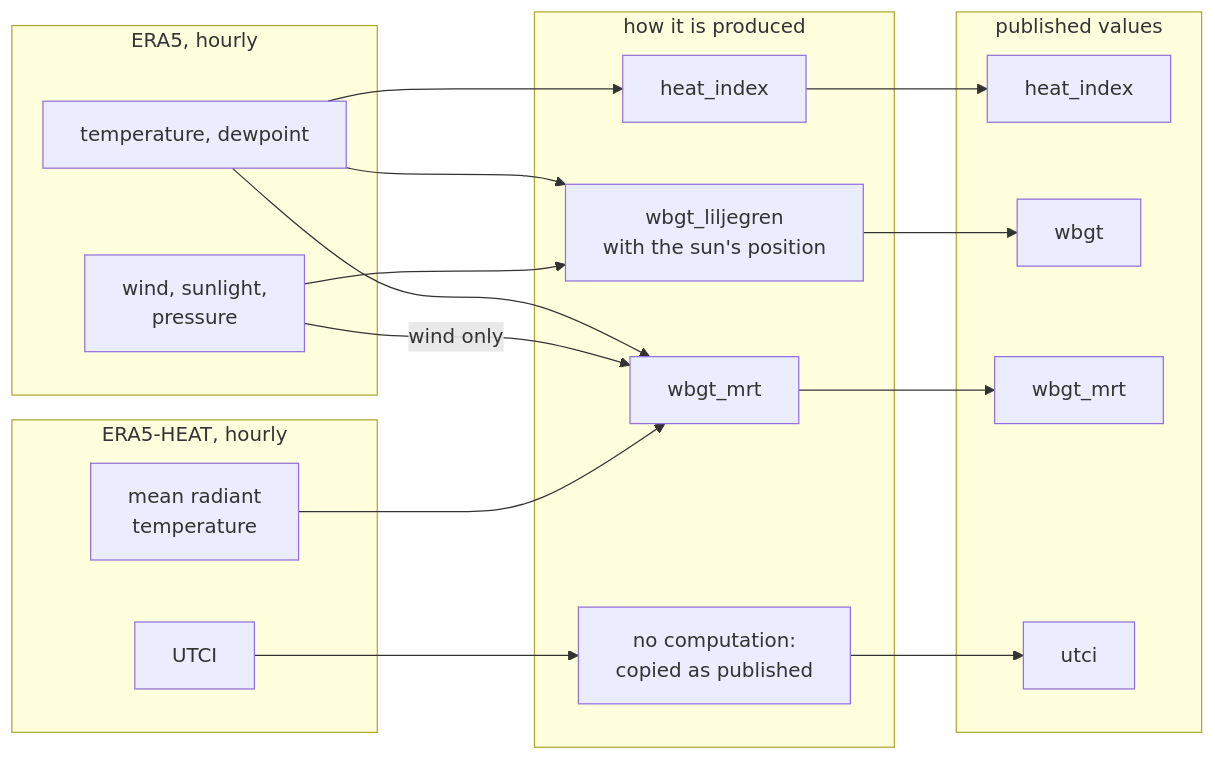
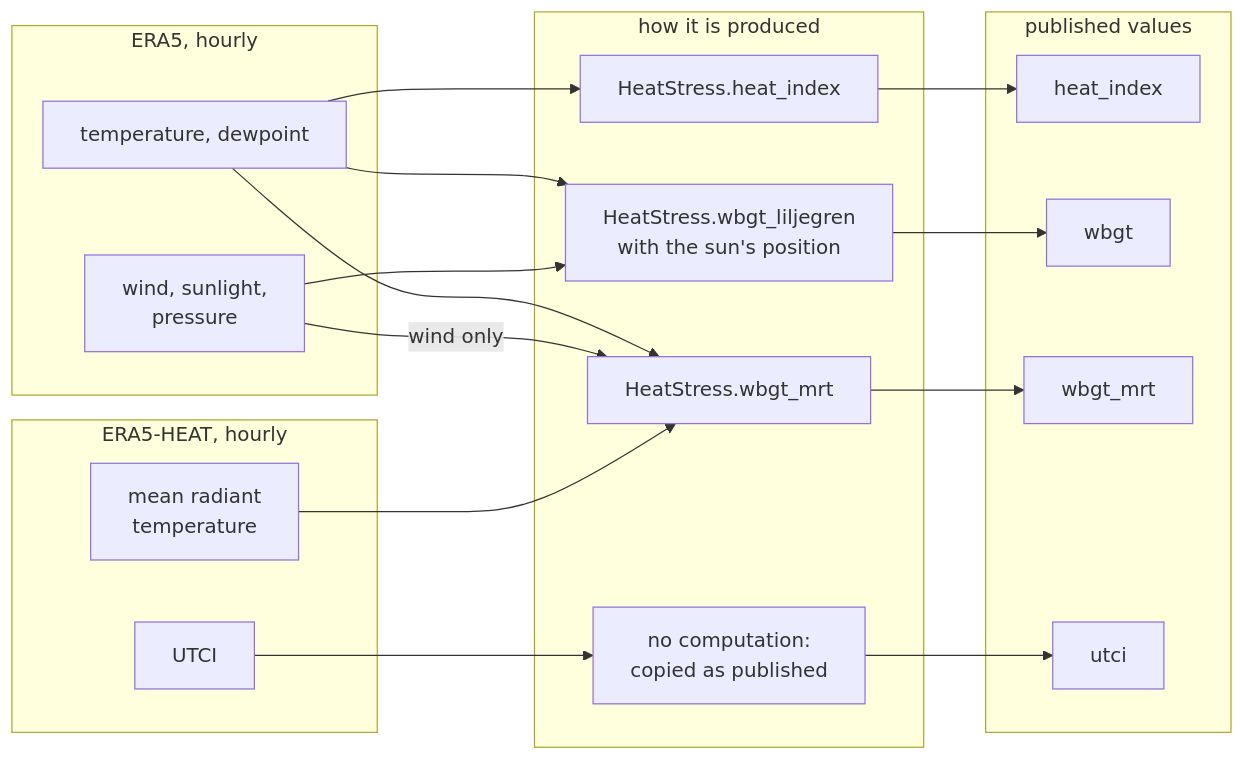
One commit to terragrids/terragrids changed the first of 2 diagrams in docs/methodology/heat_stress.md. Above: the diagram before and after it, drawn with Mermaid. The commit also changed other lines of this file and 32 other files, not shown here.

````diff
--- a/docs/methodology/heat_stress.md
+++ b/docs/methodology/heat_stress.md
@@ -35,30 +35,30 @@
 ```mermaid
 graph LR
     subgraph ERA5["ERA5, hourly"]
         TD["temperature, dewpoint"]
         WSP["wind, sunlight,<br/>pressure"]
     end
     subgraph HEAT["ERA5-HEAT, hourly"]
         MRT["mean radiant<br/>temperature"]
         UH["UTCI"]
     end
     subgraph HOW["how it is produced"]
-        C1["heat_index"]
-        C2["wbgt_liljegren<br/>with the sun's position"]
-        C3["wbgt_mrt"]
+        C1["HeatStress.heat_index"]
+        C2["HeatStress.wbgt_liljegren<br/>with the sun's position"]
+        C3["HeatStress.wbgt_mrt"]
         C4["no computation:<br/>copied as published"]
     end
     subgraph PUB["published values"]
         P1["heat_index"]
         P2["wbgt"]
         P3["wbgt_mrt"]
         P4["utci"]
     end
     TD --> C1 --> P1
     TD --> C2
     WSP --> C2 --> P2
     TD --> C3
     WSP -->|"wind only"| C3
     MRT --> C3 --> P3
     UH --> C4 --> P4
 ```
````
